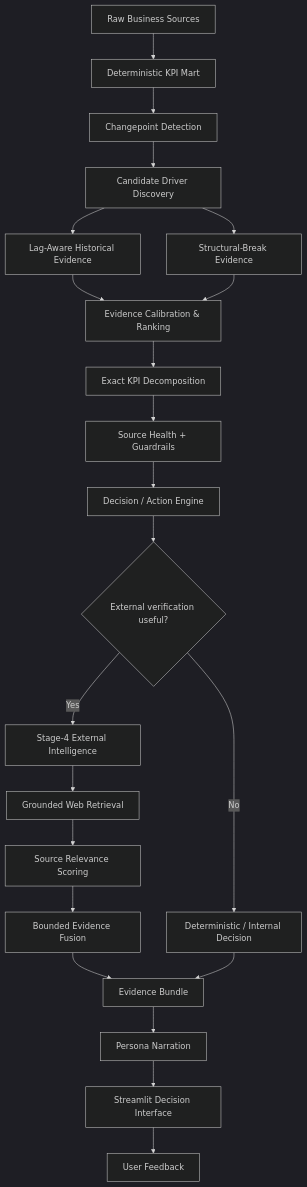
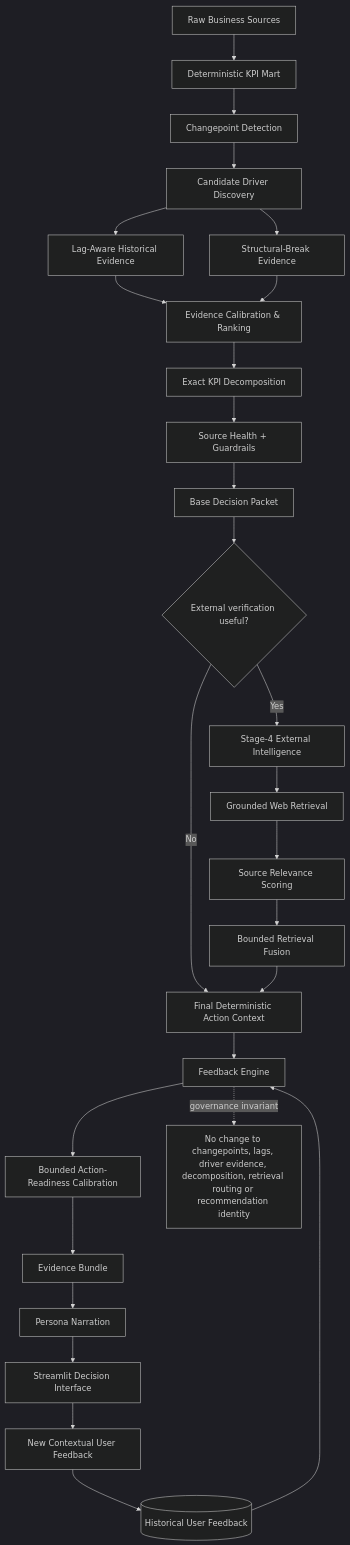
Before and after one commit to rtcpcx/aletheia: the first of 5 diagrams in README.md, drawn with Mermaid (dark theme). The commit also changed other lines of this file and 8 other files, not shown here.

Commit message:
feat: integrate governed feedback calibration and evaluator demo

````diff
--- a/README.md
+++ b/README.md
@@ -68,24 +70,36 @@
 ```mermaid
 flowchart TD
     A[Raw Business Sources] --> B[Deterministic KPI Mart]
     B --> C[Changepoint Detection]
     C --> D[Candidate Driver Discovery]
+
     D --> E[Lag-Aware Historical Evidence]
     D --> F[Structural-Break Evidence]
     E --> G[Evidence Calibration & Ranking]
     F --> G
+
     G --> H[Exact KPI Decomposition]
     H --> I[Source Health + Guardrails]
-    I --> J[Decision / Action Engine]
+    I --> J[Base Decision Packet]
+
     J --> K{External verification useful?}
-    K -->|No| L[Deterministic / Internal Decision]
-    K -->|Yes| M[Stage-4 External Intelligence]
-    M --> N[Grounded Web Retrieval]
-    N --> O[Source Relevance Scoring]
-    O --> P[Bounded Evidence Fusion]
-    P --> Q[Evidence Bundle]
-    L --> Q
-    Q --> R[Persona Narration]
-    R --> S[Streamlit Decision Interface]
-    S --> T[User Feedback]
+    K -->|No| P[Final Deterministic Action Context]
+    K -->|Yes| L[Stage-4 External Intelligence]
+    L --> M[Grounded Web Retrieval]
+    M --> N[Source Relevance Scoring]
+    N --> O[Bounded Retrieval Fusion]
+    O --> P
+
+    P --> Q[Feedback Engine]
+    HF[(Historical User Feedback)] --> Q
+    Q --> R[Bounded Action-Readiness Calibration]
+
+    R --> S[Evidence Bundle]
+    S --> T[Persona Narration]
+    T --> U[Streamlit Decision Interface]
+
+    U --> V[New Contextual User Feedback]
+    V --> HF
+
+    Q -. governance invariant .-> W[No change to changepoints, lags, driver evidence, decomposition, retrieval routing or recommendation identity]
 ```
````
